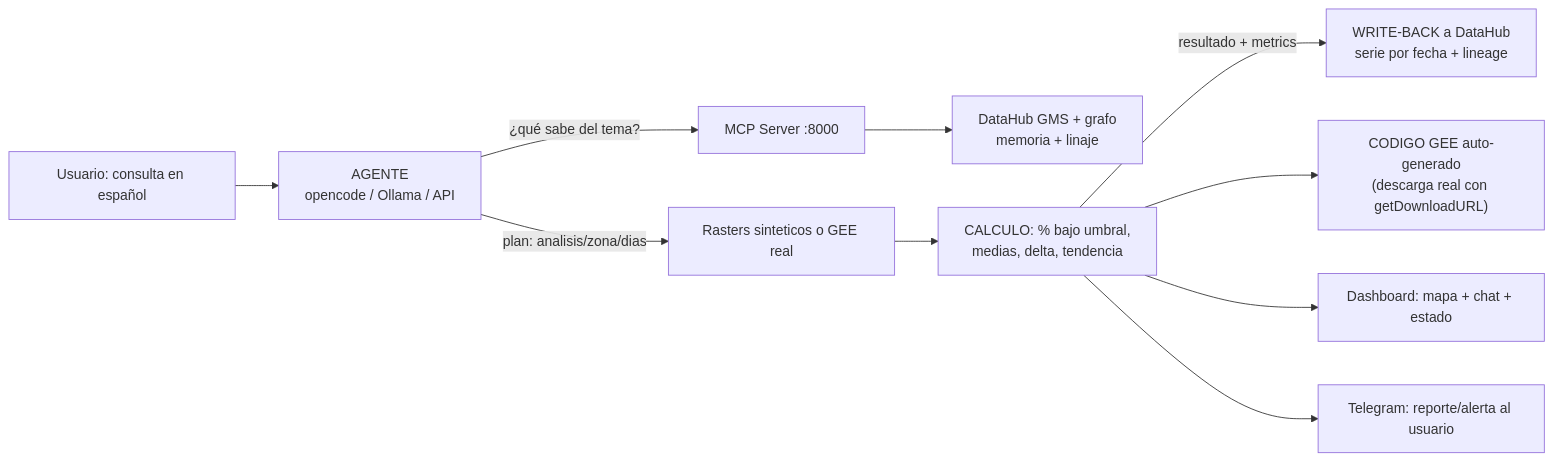
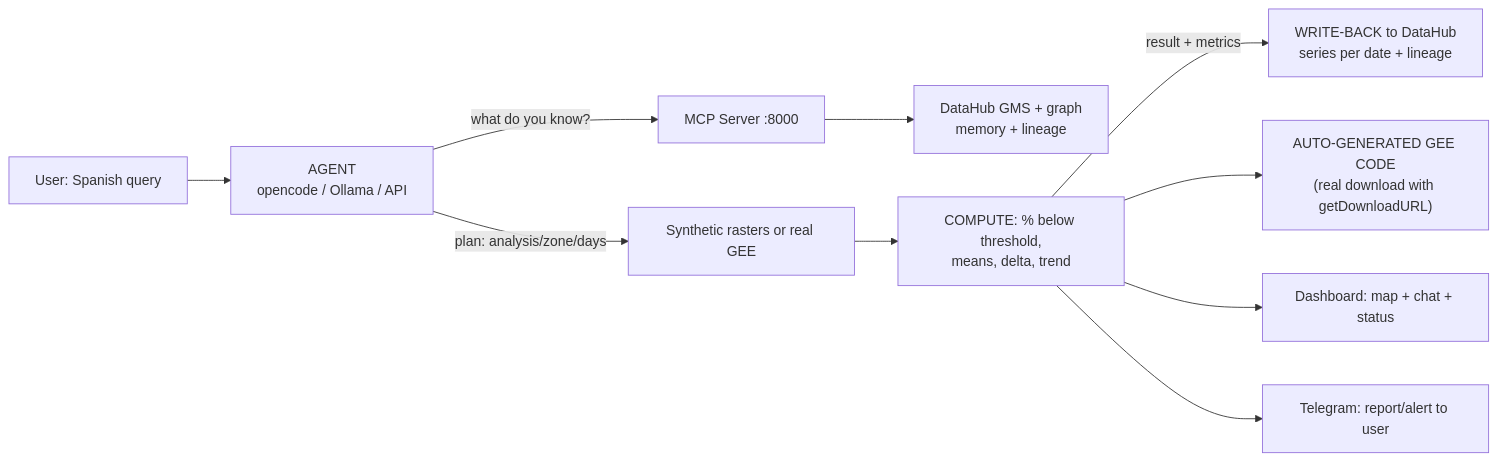
Before and after one commit to GarieleSSGA/terra-cognita: the diagram in docs/FLUJO.md, drawn with Mermaid. The commit also changed other lines of this file and 11 other files, not shown here.

````diff
--- a/docs/FLUJO.md
+++ b/docs/FLUJO.md
@@ -12,12 +12,12 @@
 ```mermaid
 flowchart LR
-    U[Usuario: consulta en español] --> A[AGENTE<br/>opencode / Ollama / API]
-    A -->|"¿qué sabe del tema?"| M[MCP Server :8000]
-    M --> G[DataHub GMS + grafo<br/>memoria + linaje]
-    A -->|"plan: analisis/zona/dias"| R[Rasters sinteticos o GEE real]
-    R --> C[CALCULO: % bajo umbral,<br/>medias, delta, tendencia]
-    C -->|resultado + metrics| WB[WRITE-BACK a DataHub<br/>serie por fecha + lineage]
-    C --> GG["CODIGO GEE auto-generado<br/>(descarga real con getDownloadURL)"]
-    C --> D[Dashboard: mapa + chat + estado]
-    C --> T[Telegram: reporte/alerta al usuario]
+    U[User: Spanish query] --> A[AGENT<br/>opencode / Ollama / API]
+    A -->|"what do you know?"| M[MCP Server :8000]
+    M --> G[DataHub GMS + graph<br/>memory + lineage]
+    A -->|"plan: analysis/zone/days"| R[Synthetic rasters or real GEE]
+    R --> C[COMPUTE: % below threshold,<br/>means, delta, trend]
+    C -->|result + metrics| WB[WRITE-BACK to DataHub<br/>series per date + lineage]
+    C --> GG["AUTO-GENERATED GEE CODE<br/>(real download with getDownloadURL)"]
+    C --> D[Dashboard: map + chat + status]
+    C --> T[Telegram: report/alert to user]
 ```
````
